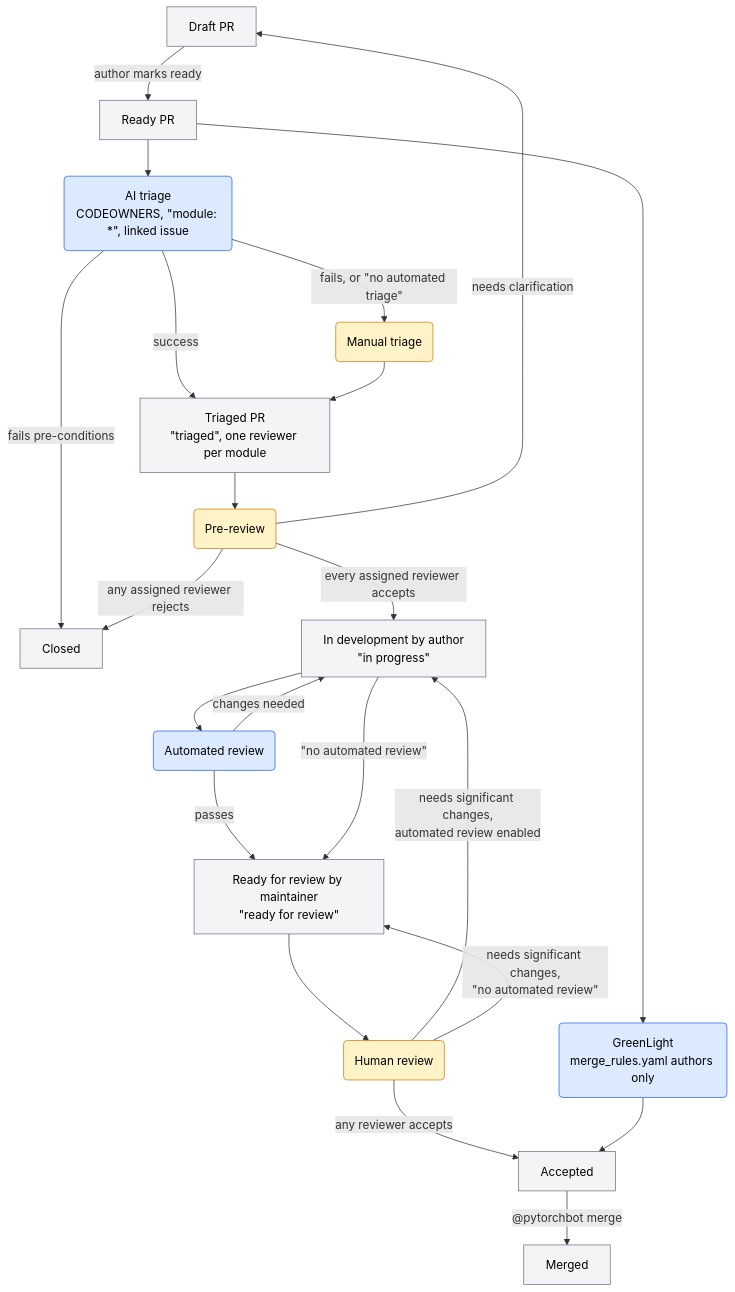
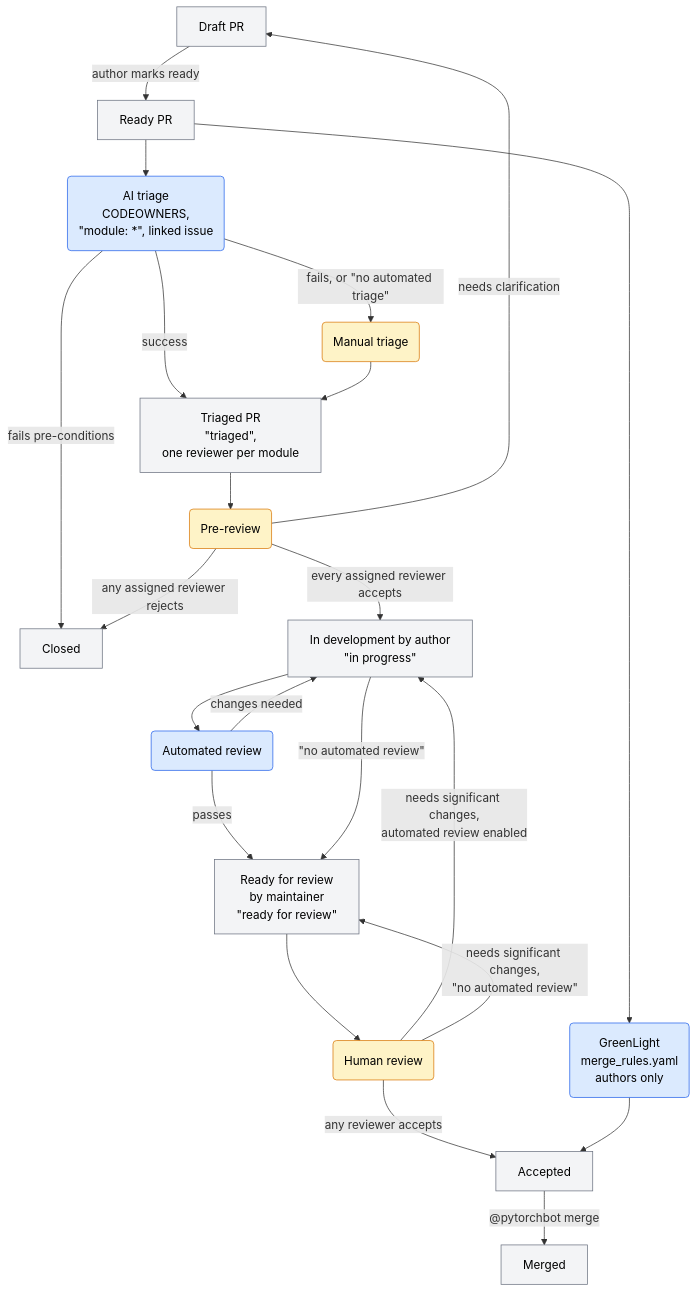
The second of 2 diagrams in CONTRIBUTING.md (pytorch/pytorch), drawn with Mermaid before and after one commit. The commit also changed other lines of this file, not shown here.

Commit message:
Update
[ghstack-poisoned]

````diff
--- a/CONTRIBUTING.md
+++ b/CONTRIBUTING.md
@@ -125,27 +125,27 @@
 ```mermaid
 flowchart TD
     draft[Draft PR] -- author marks ready --> ready[Ready PR]
-    ready --> ai("AI triage<br/>CODEOWNERS, #quot;module: *#quot;, linked issue")
+    ready --> ai("AI triage<br/>CODEOWNERS,<br/>#quot;module: *#quot;, linked issue")
     ai -- fails pre-conditions --> closed[Closed]
-    ai -- success --> triaged["Triaged PR<br/>#quot;triaged#quot;, one reviewer per module"]
+    ai -- success --> triaged["Triaged PR<br/>#quot;triaged#quot;,<br/>one reviewer per module"]
     ai -- "fails, or #quot;no automated triage#quot;" --> htriage(Manual triage) --> triaged
     triaged --> pre(Pre-review)
     pre -- any assigned reviewer rejects --> closed
     pre -- needs clarification --> draft
     pre -- every assigned reviewer accepts --> dev["In development by author<br/>#quot;in progress#quot;"]
-    dev --> auto(Automated review) -- passes --> rfr["Ready for review by maintainer<br/>#quot;ready for review#quot;"]
+    dev --> auto(Automated review) -- passes --> rfr["Ready for review<br/>by maintainer<br/>#quot;ready for review#quot;"]
     auto -- changes needed --> dev
     dev -- "#quot;no automated review#quot;" --> rfr
     rfr --> review(Human review)
     review -- "needs significant changes,<br/>automated review enabled" --> dev
     review -- "needs significant changes,<br/>#quot;no automated review#quot;" --> rfr
     review -- any reviewer accepts --> accepted[Accepted]
-    ready --> gl("GreenLight<br/>merge_rules.yaml authors only") --> accepted
+    ready --> gl("GreenLight<br/>merge_rules.yaml<br/>authors only") --> accepted
     accepted -- "@pytorchbot merge" --> merged[Merged]
     classDef state fill:#f3f4f6,stroke:#6b7280,color:#000
     classDef aiproc fill:#dbeafe,stroke:#2563eb,color:#000
     classDef humanproc fill:#fef3c7,stroke:#d97706,color:#000
     class draft,ready,closed,triaged,dev,rfr,accepted,merged state
     class ai,auto,gl aiproc
     class htriage,pre,review humanproc
 ```
````
